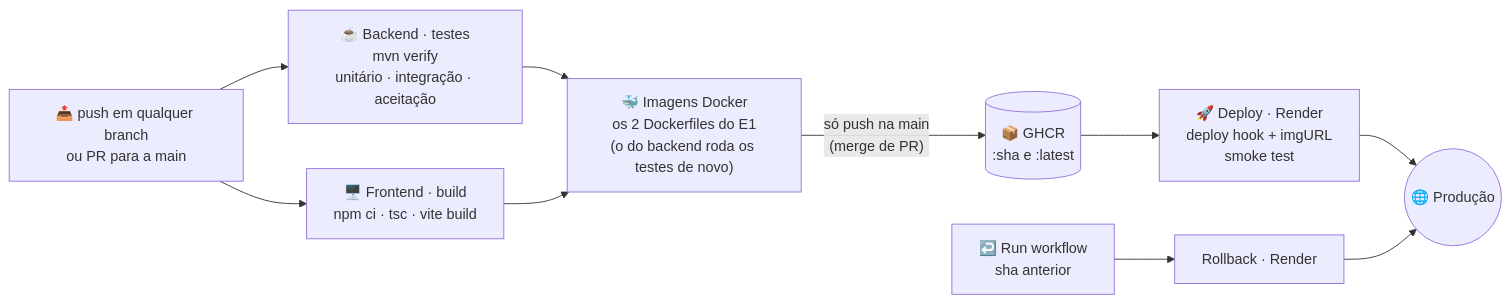
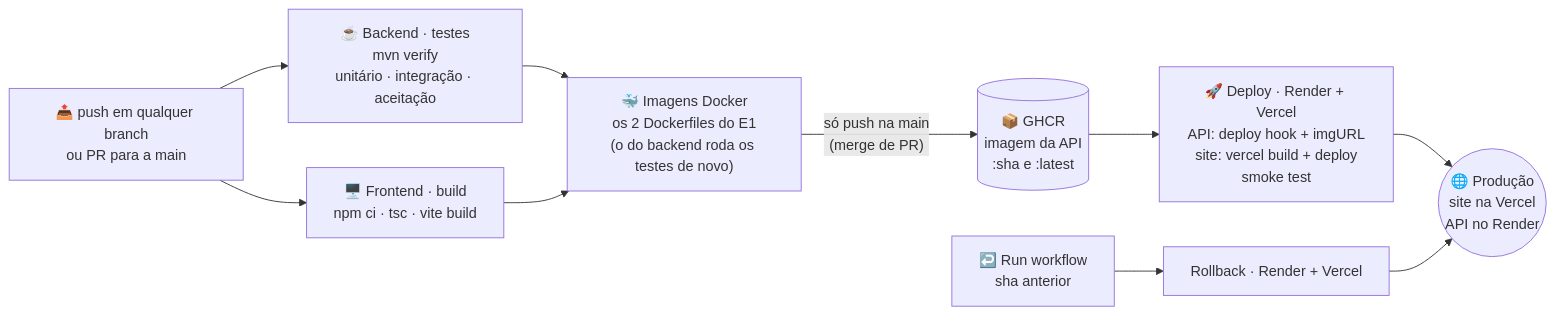
One commit to viictorpaes/Rotavital changed the third of 3 diagrams in README.md. Above: the diagram before and after it, drawn with Mermaid. The commit also changed other lines of this file and 8 other files, not shown here.

First line of the commit message:
ci(E3): site na Vercel, API continua no Render

````diff
--- a/README.md
+++ b/README.md
@@ -1762,11 +1758,11 @@
 ```mermaid
 flowchart LR
     PUSH["📤 push em qualquer branch<br/>ou PR para a main"] --> BE["☕ Backend · testes<br/>mvn verify<br/>unitário · integração · aceitação"]
     PUSH --> FE["🖥️ Frontend · build<br/>npm ci · tsc · vite build"]
     BE --> IMG["🐳 Imagens Docker<br/>os 2 Dockerfiles do E1<br/>(o do backend roda os testes de novo)"]
     FE --> IMG
-    IMG -->|"só push na main<br/>(merge de PR)"| GHCR[("📦 GHCR<br/>:sha e :latest")]
-    GHCR --> DEP["🚀 Deploy · Render<br/>deploy hook + imgURL<br/>smoke test"]
-    DEP --> PROD(("🌐 Produção"))
-    RB["↩️ Run workflow<br/>sha anterior"] --> ROLL["Rollback · Render"] --> PROD
+    IMG -->|"só push na main<br/>(merge de PR)"| GHCR[("📦 GHCR<br/>imagem da API<br/>:sha e :latest")]
+    GHCR --> DEP["🚀 Deploy · Render + Vercel<br/>API: deploy hook + imgURL<br/>site: vercel build + deploy<br/>smoke test"]
+    DEP --> PROD(("🌐 Produção<br/>site na Vercel<br/>API no Render"))
+    RB["↩️ Run workflow<br/>sha anterior"] --> ROLL["Rollback · Render + Vercel"] --> PROD
 ```
````
